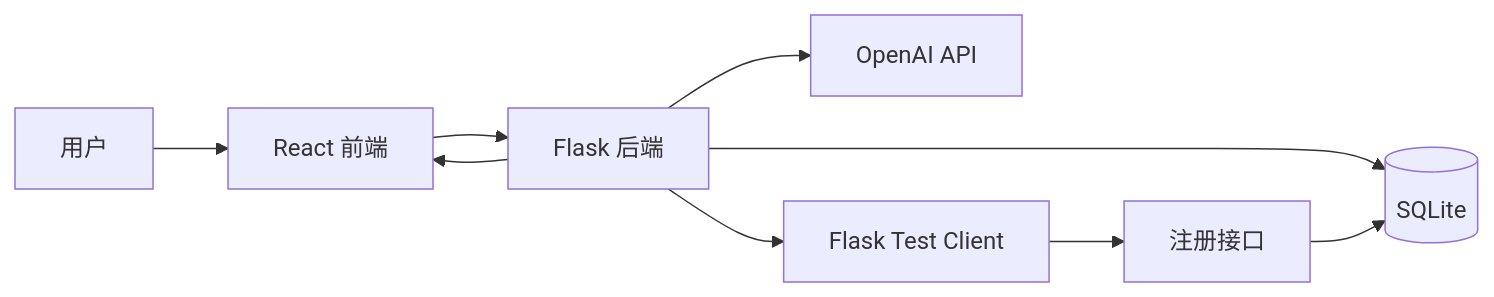
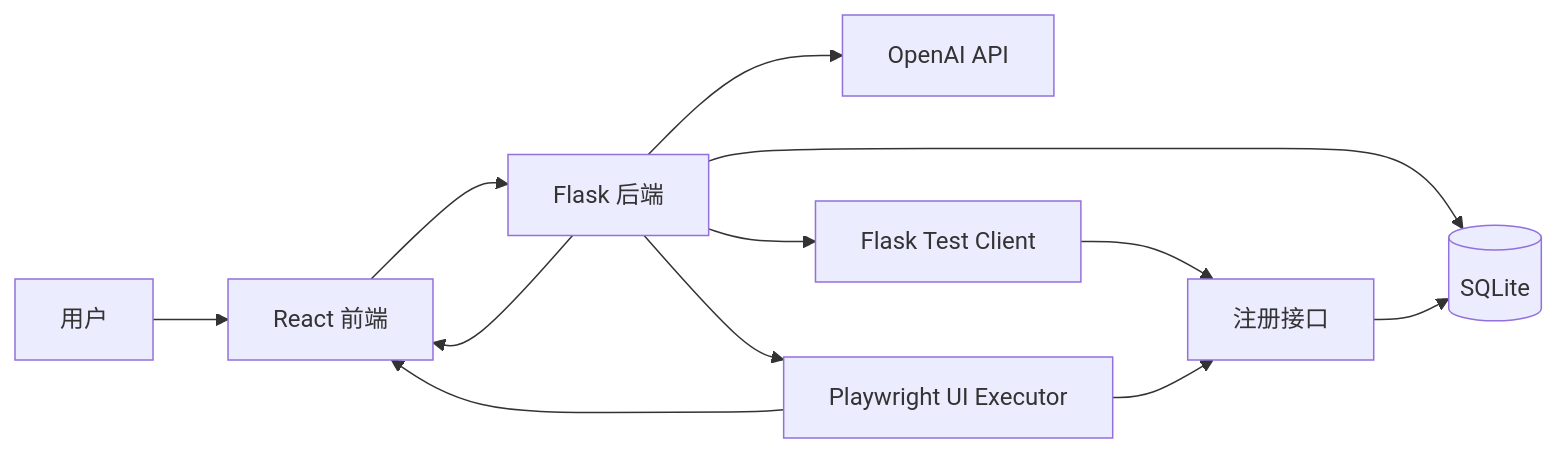
One commit to Yuchen-Zhou-ucsc/AI_Testing_Plugin_Project changed the second of 4 diagrams in docs/AI_Plugin_Architecture.md. Above: the diagram before and after it, drawn with Mermaid. The commit also changed other lines of this file and 4 other files, not shown here.

````diff
--- a/docs/AI_Plugin_Architecture.md
+++ b/docs/AI_Plugin_Architecture.md
@@ -60,11 +63,14 @@
 ```mermaid
 flowchart LR
     U[用户] --> F[React 前端]
     F --> B[Flask 后端]
     B --> AI[OpenAI API]
     B --> DB[(SQLite)]
     B --> T[Flask Test Client]
+    B --> P[Playwright UI Executor]
     T --> R[注册接口]
+    P --> F
+    P --> R
     R --> DB
     B --> F
 ```
````
